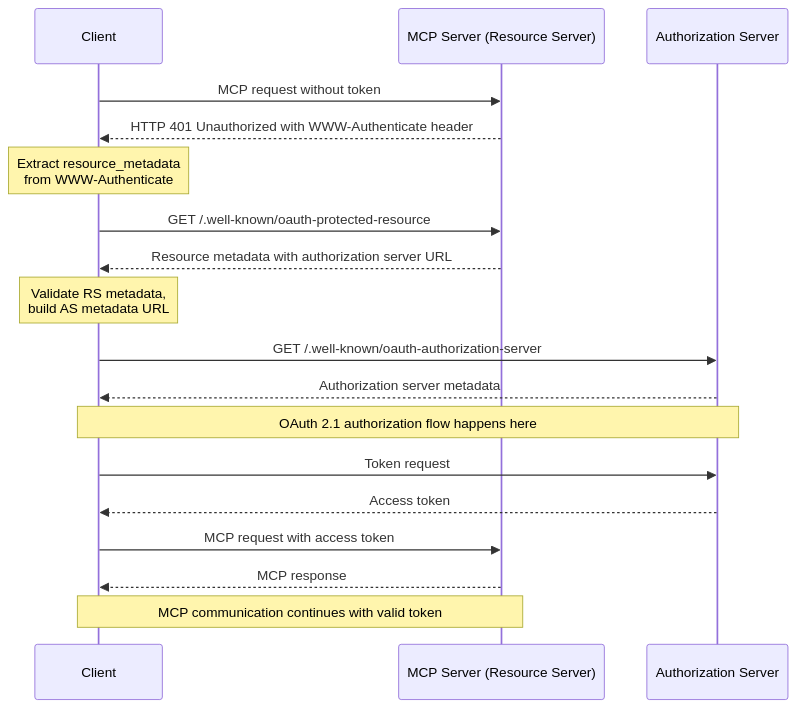
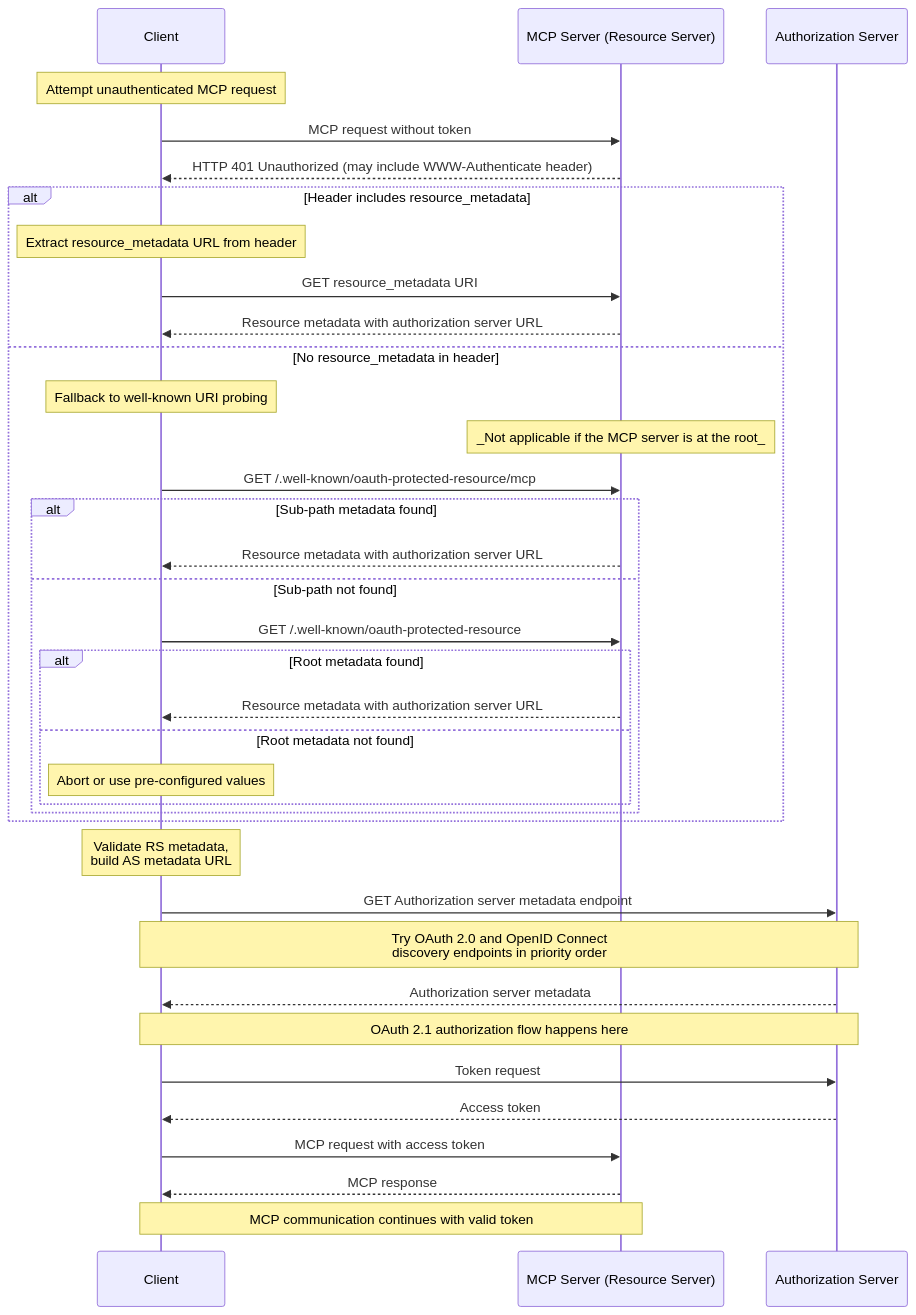
One commit to platformatic/mcp changed the first of 3 diagrams in spec/authorization.md. Above: the diagram before and after it, drawn with Mermaid. The commit also changed other lines of this file and 19 other files, not shown here.

````diff
--- a/spec/authorization.md
+++ b/spec/authorization.md
@@ -103,26 +152,45 @@
 ```mermaid
 sequenceDiagram
     participant C as Client
     participant M as MCP Server (Resource Server)
     participant A as Authorization Server
 
+    Note over C: Attempt unauthenticated MCP request
     C->>M: MCP request without token
-    M-->>C: HTTP 401 Unauthorized with WWW-Authenticate header
-    Note over C: Extract resource_metadata<br />from WWW-Authenticate
+    M-->>C: HTTP 401 Unauthorized (may include WWW-Authenticate header)
 
-    C->>M: GET /.well-known/oauth-protected-resource
-    M-->>C: Resource metadata with authorization server URL
+    alt Header includes resource_metadata
+        Note over C: Extract resource_metadata URL from header
+        C->>M: GET resource_metadata URI
+        M-->>C: Resource metadata with authorization server URL
+    else No resource_metadata in header
+        Note over C: Fallback to well-known URI probing
+        Note over M: _Not applicable if the MCP server is at the root_
+        C->>M: GET /.well-known/oauth-protected-resource/mcp
+        alt Sub-path metadata found
+            M-->>C: Resource metadata with authorization server URL
+        else Sub-path not found
+            C->>M: GET /.well-known/oauth-protected-resource
+            alt Root metadata found
+                M-->>C: Resource metadata with authorization server URL
+            else Root metadata not found
+                Note over C: Abort or use pre-configured values
+            end
+        end
+    end
+
     Note over C: Validate RS metadata,<br />build AS metadata URL
 
-    C->>A: GET /.well-known/oauth-authorization-server
+    C->>A: GET Authorization server metadata endpoint
+    Note over C,A: Try OAuth 2.0 and OpenID Connect<br/>discovery endpoints in priority order
     A-->>C: Authorization server metadata
 
     Note over C,A: OAuth 2.1 authorization flow happens here
 
     C->>A: Token request
     A-->>C: Access token
 
     C->>M: MCP request with access token
     M-->>C: MCP response
     Note over C,M: MCP communication continues with valid token
 ```
````
